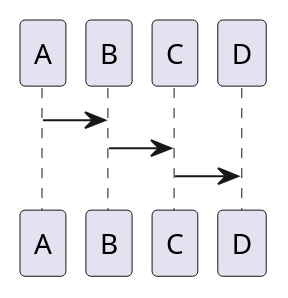
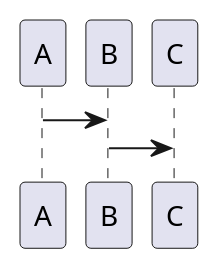
The fifth of 6 diagrams in test/test.md (shd101wyy/markdown-preview-enhanced), drawn with PlantUML before and after one commit. The commit also changed other lines of this file and 5 other files, not shown here.

````diff
--- a/test/test.md
+++ b/test/test.md
@@ -116,5 +117,4 @@
 ```puml
 A -> B
-B -> C
-C -> D
+B -> C 
 ```
````
